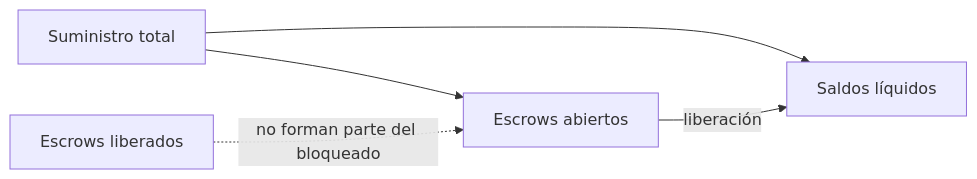
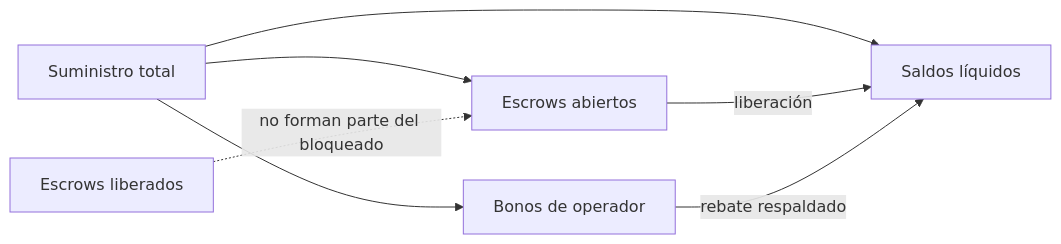
Before and after one commit to SolguardLabs/PrismDTL: the second of 2 diagrams in docs/modelo-economico.md, drawn with Mermaid. The commit also changed other lines of this file and 18 other files, not shown here.

````diff
--- a/docs/modelo-economico.md
+++ b/docs/modelo-economico.md
@@ -34,7 +61,9 @@
 ```mermaid
 flowchart LR
     T[Suministro total] --> A[Saldos líquidos]
     T --> E[Escrows abiertos]
+    T --> C[Bonos de operador]
     E -->|liberación| A
+    C -->|rebate respaldado| A
     X[Escrows liberados] -.->|no forman parte del bloqueado| E
 ```
````
